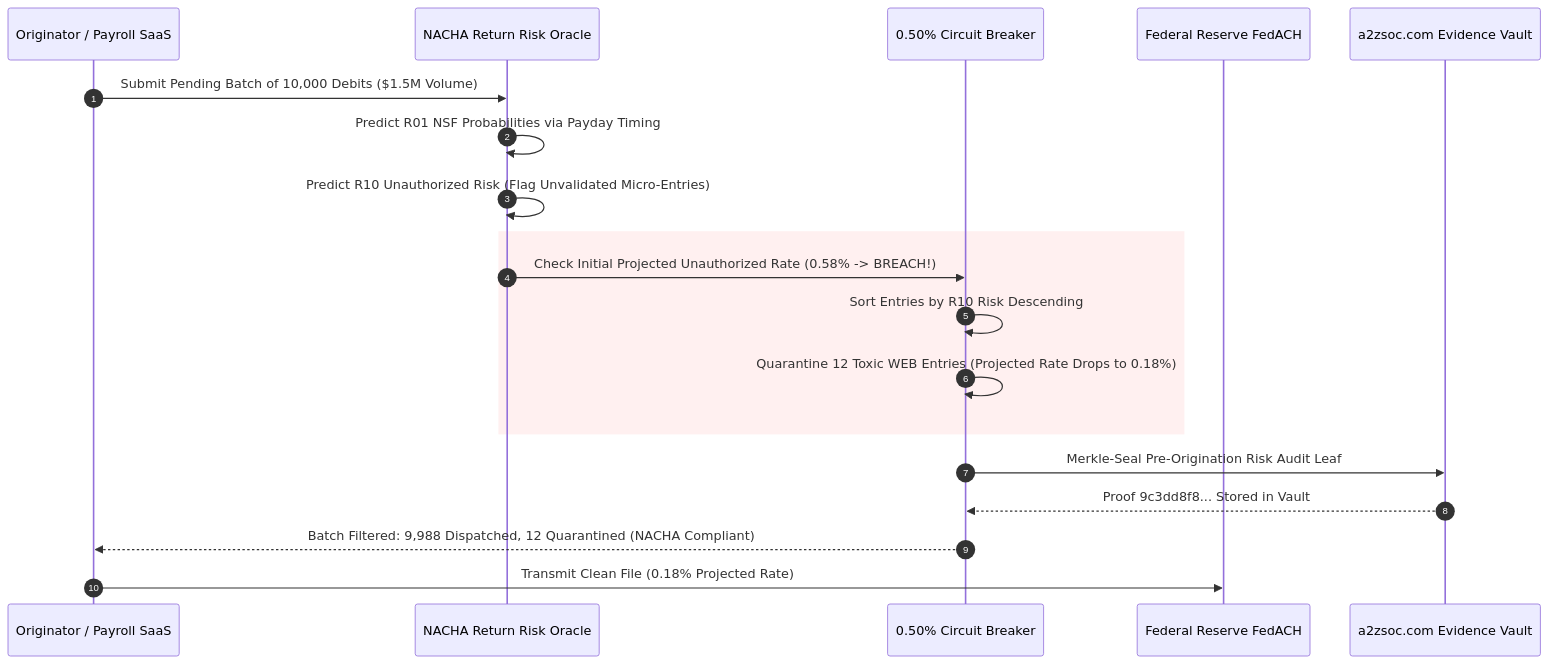
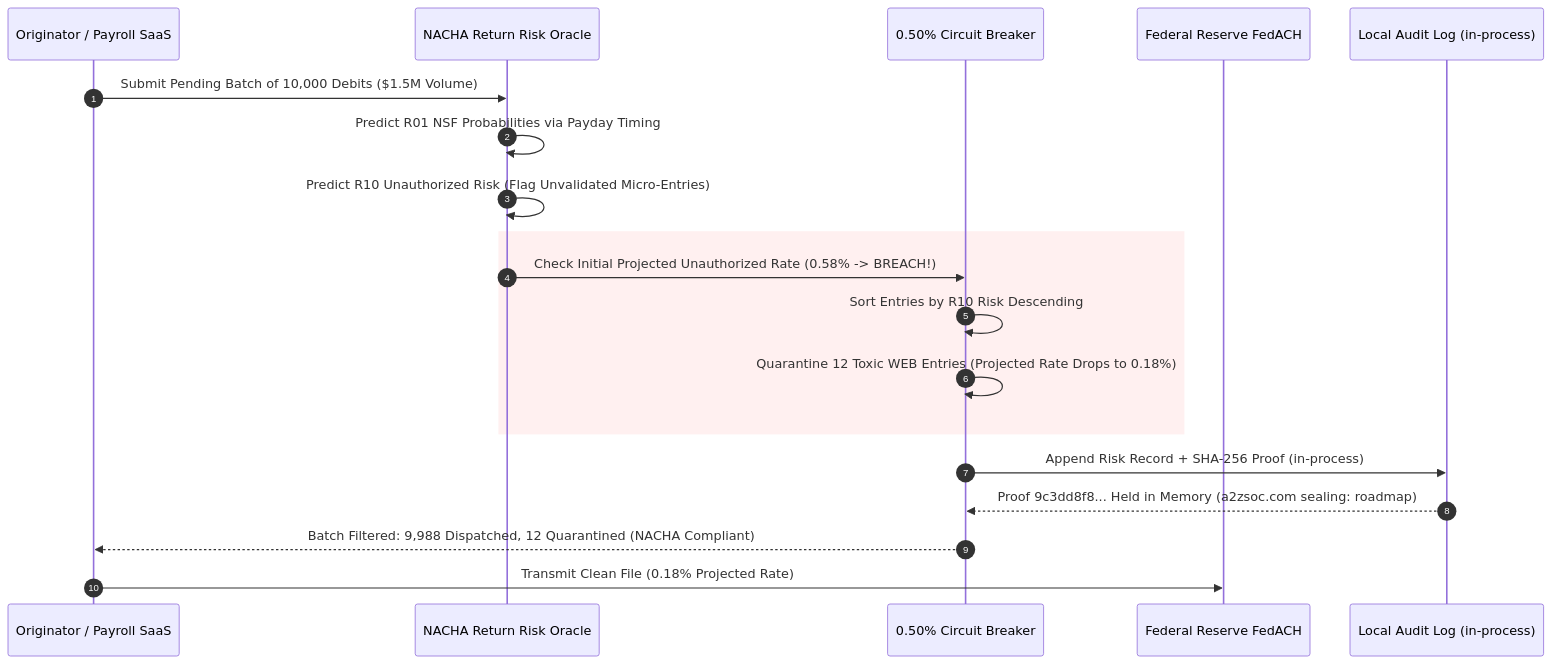
Before and after one commit to AAH20/nacha-return-risk-oracle: the second of 2 diagrams in README.md, drawn with Mermaid. The commit also changed other lines of this file, not shown here.

````diff
--- a/README.md
+++ b/README.md
@@ -94,24 +94,24 @@
 ```mermaid
 sequenceDiagram
     autonumber
     participant Orig as Originator / Payroll SaaS
     participant Oracle as NACHA Return Risk Oracle
     participant Breaker as 0.50% Circuit Breaker
     participant FedACH as Federal Reserve FedACH
-    participant Vault as a2zsoc.com Evidence Vault
+    participant Vault as Local Audit Log (in-process)
 
     Orig->>Oracle: Submit Pending Batch of 10,000 Debits ($1.5M Volume)
     Oracle->>Oracle: Predict R01 NSF Probabilities via Payday Timing
     Oracle->>Oracle: Predict R10 Unauthorized Risk (Flag Unvalidated Micro-Entries)
     
     rect rgb(255, 240, 240)
         Oracle->>Breaker: Check Initial Projected Unauthorized Rate (0.58% -> BREACH!)
         Breaker->>Breaker: Sort Entries by R10 Risk Descending
         Breaker->>Breaker: Quarantine 12 Toxic WEB Entries (Projected Rate Drops to 0.18%)
     end
 
-    Breaker->>Vault: Merkle-Seal Pre-Origination Risk Audit Leaf
-    Vault-->>Breaker: Proof 9c3dd8f8... Stored in Vault
+    Breaker->>Vault: Append Risk Record + SHA-256 Proof (in-process)
+    Vault-->>Breaker: Proof 9c3dd8f8... Held in Memory (a2zsoc.com sealing: roadmap)
     Breaker-->>Orig: Batch Filtered: 9,988 Dispatched, 12 Quarantined (NACHA Compliant)
     Orig->>FedACH: Transmit Clean File (0.18% Projected Rate)
 ```
````
